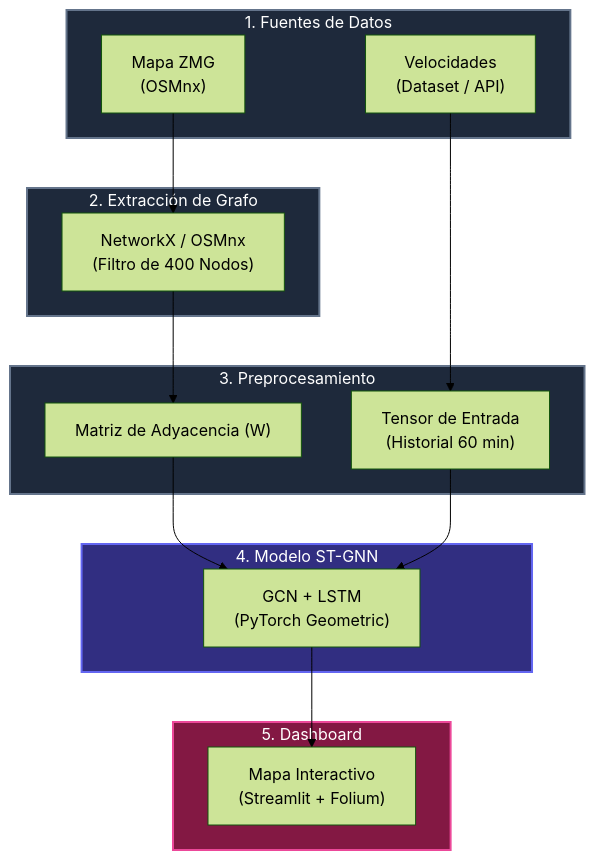
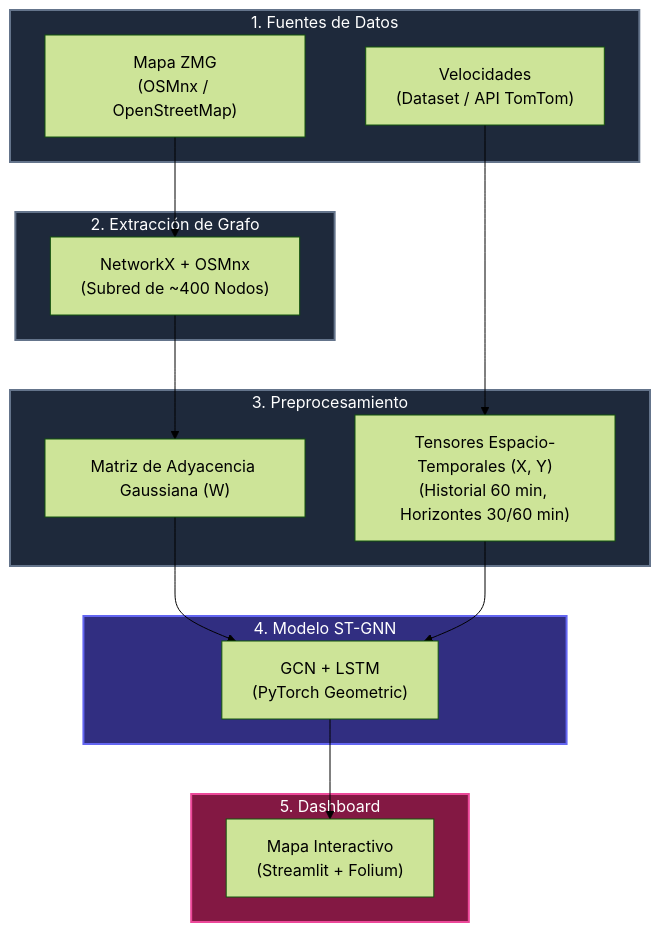
Before and after one commit to Irving304/Prediccion_Trafico: the diagram in README.md, drawn with Mermaid (forest theme). The commit also changed other lines of this file and 4 other files, not shown here.

````diff
--- a/README.md
+++ b/README.md
@@ -36,40 +40,39 @@
 ```mermaid
 flowchart TD
-    %% Estilos simples
     classDef fase fill:#1e293b,stroke:#64748b,stroke-width:2px,color:#fff
     classDef model fill:#312e81,stroke:#6366f1,stroke-width:2px,color:#fff
     classDef ui fill:#831843,stroke:#ec4899,stroke-width:2px,color:#fff
 
     subgraph PASO1["1. Fuentes de Datos"]
-        A["Mapa ZMG<br/>(OSMnx)"]
-        B["Velocidades<br/>(Dataset / API)"]
+        A["Mapa ZMG<br/>(OSMnx / OpenStreetMap)"]
+        B["Velocidades<br/>(Dataset / API TomTom)"]
     end
 
     subgraph PASO2["2. Extracción de Grafo"]
-        G["NetworkX / OSMnx<br/>(Filtro de 400 Nodos)"]
+        G["NetworkX + OSMnx<br/>(Subred de ~400 Nodos)"]
     end
 
     subgraph PASO3["3. Preprocesamiento"]
-        C["Matriz de Adyacencia (W)"]
-        D["Tensor de Entrada<br/>(Historial 60 min)"]
+        C["Matriz de Adyacencia Gaussiana (W)<br/>"]
+        D["Tensores Espacio-Temporales (X, Y)<br/>(Historial 60 min, Horizontes 30/60 min)"]
     end
 
     subgraph PASO4["4. Modelo ST-GNN"]
         E["GCN + LSTM<br/>(PyTorch Geometric)"]
     end
 
     subgraph PASO5["5. Dashboard"]
         F["Mapa Interactivo<br/>(Streamlit + Folium)"]
     end
 
     A --> G
     G --> C
     B --> D
     C --> E
     D --> E
     E --> F
 
     class PASO1,PASO2,PASO3 fase
     class PASO4 model
     class PASO5 ui
 ```
````
